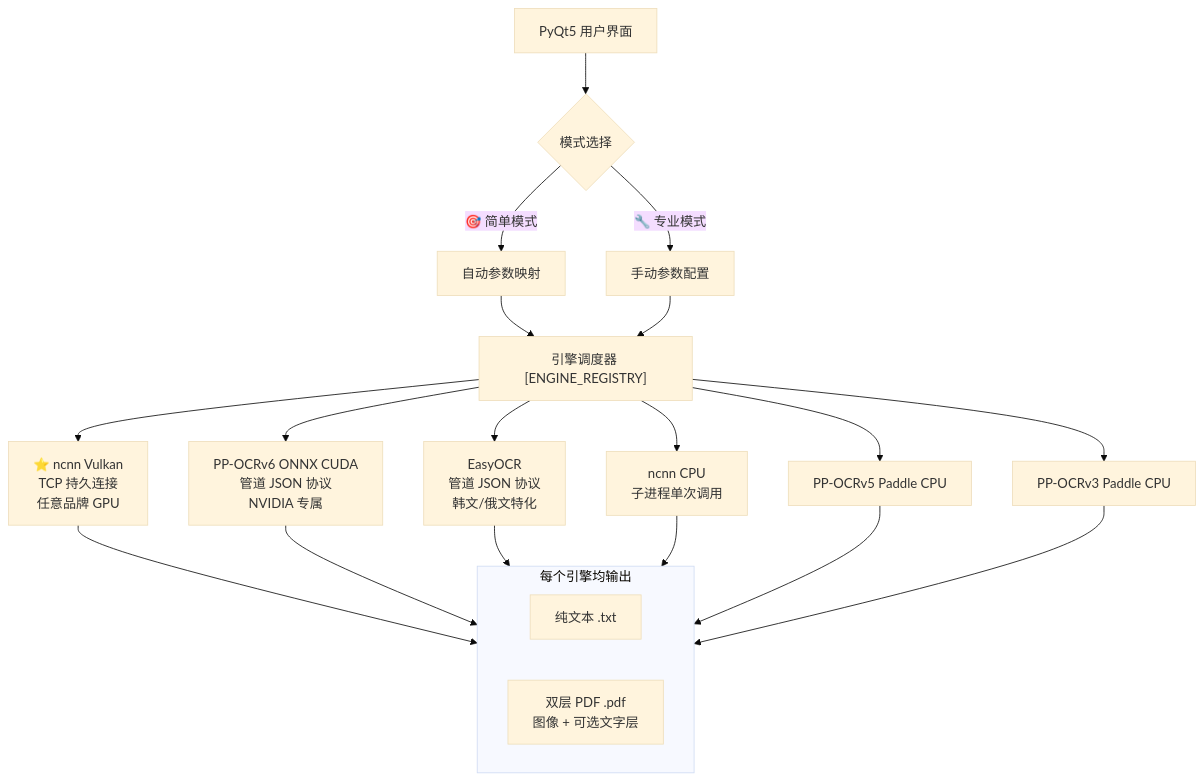
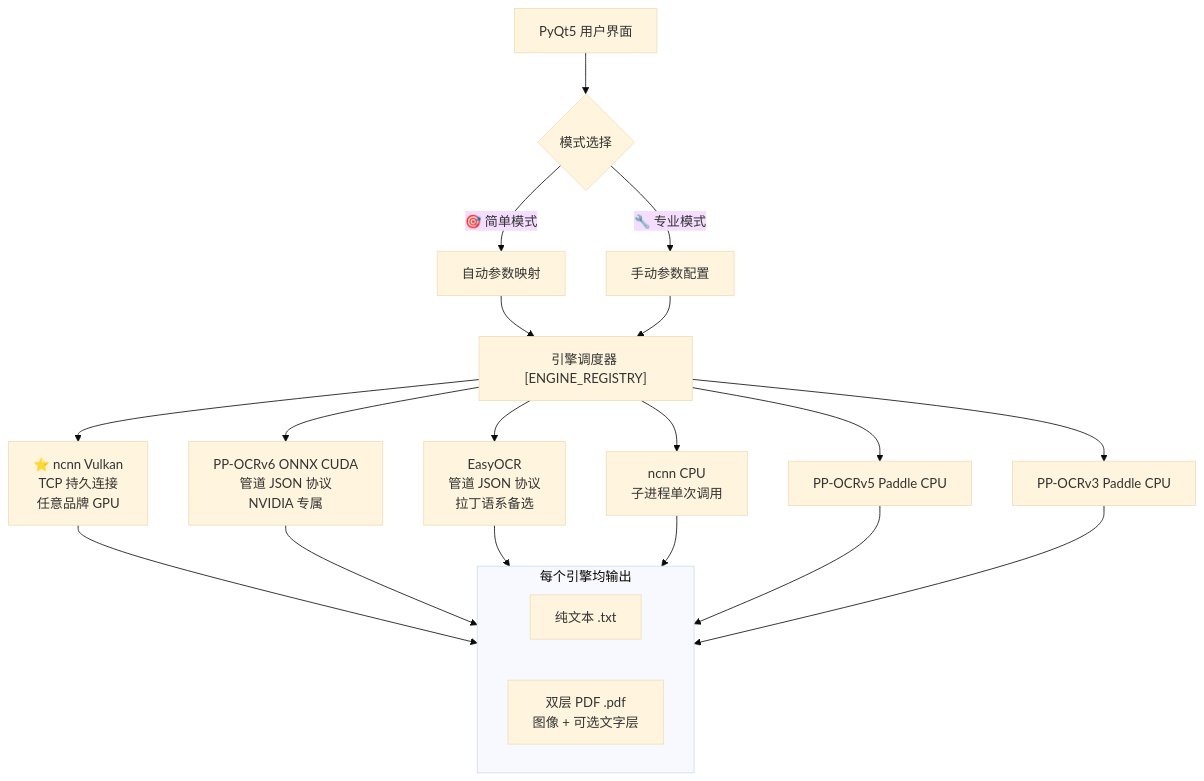
One commit to zzhjim02/CathayOCR changed the diagram in README.md. Above: the diagram before and after it, drawn with Mermaid (base theme). The commit also changed other lines of this file and 3 other files, not shown here.

Commit message:
docs(readme): 修正多语言支持描述 —— 韩文/西里尔仅 Pro 支持、Lite 50 种 / Pro 82 种、EasyOCR 不再负责韩/俄、⚠ 文字引擎按显卡分流

````diff
--- a/README.md
+++ b/README.md
@@ -270,27 +275,27 @@
 ```mermaid
 graph TD
     UI[PyQt5 用户界面] --> SM{模式选择}
     SM -->|🎯 简单模式| Auto[自动参数映射]
     SM -->|🔧 专业模式| Manual[手动参数配置]
     Auto --> Engine["引擎调度器 [ENGINE_REGISTRY]"]
     Manual --> Engine
 
     Engine --> NCNN[⭐ ncnn Vulkan<br/>TCP 持久连接<br/>任意品牌 GPU]
     Engine --> ONNX[PP-OCRv6 ONNX CUDA<br/>管道 JSON 协议<br/>NVIDIA 专属]
-    Engine --> EOCR[EasyOCR<br/>管道 JSON 协议<br/>韩文/俄文特化]
+    Engine --> EOCR[EasyOCR<br/>管道 JSON 协议<br/>拉丁语系备选]
     Engine --> CPU[ncnn CPU<br/>子进程单次调用]
     Engine --> V5[PP-OCRv5 Paddle CPU]
     Engine --> V3[PP-OCRv3 Paddle CPU]
 
     subgraph 输出 [每个引擎均输出]
         Out1[纯文本 .txt]
         Out2[双层 PDF .pdf<br/>图像 + 可选文字层]
     end
 
     NCNN --> 输出
     ONNX --> 输出
     EOCR --> 输出
     CPU --> 输出
     V5 --> 输出
     V3 --> 输出
 ```
````
